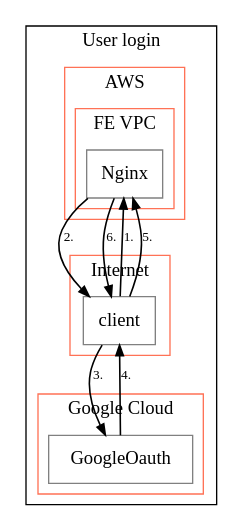
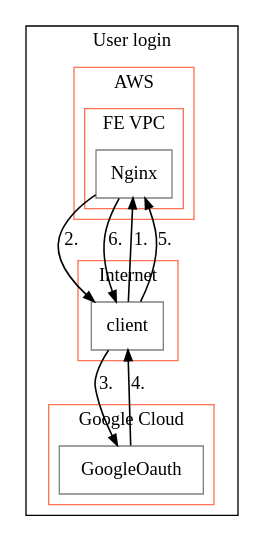
One commit to hyakuhei/ltm changed the diagram in examples/output/User login.dot. Above: the diagram before and after it, drawn with Graphviz. The commit also changed 9 other files, not shown here.

```diff
--- a/examples/output/User login.dot
+++ b/examples/output/User login.dot
@@ -1,32 +1,32 @@
 digraph G {
 compound=true;
     subgraph cluster1 {
     label="User login";
     color="Black";
         subgraph cluster2 {
         label="AWS";
         color="Coral1";
             subgraph cluster3 {
             label="FE VPC";
             color="Coral1";
                 node4 [label="Nginx" shape="box", margin="0.1", color="Grey"];
             }
         }
         subgraph cluster5 {
         label="Internet";
         color="Coral1";
             node6 [label="client" shape="box", margin="0.1", color="Grey"];
         }
         subgraph cluster7 {
         label="Google Cloud";
         color="Coral1";
             node8 [label="GoogleOauth" shape="box", margin="0.1", color="Grey"];
         }
     }
-node6->node4 [label="1." fontsize="10",penwidth="1.2",arrowsize="0.8"];
-node4->node6 [label="2." fontsize="10",penwidth="1.2",arrowsize="0.8"];
-node6->node8 [label="3." fontsize="10",penwidth="1.2",arrowsize="0.8"];
-node8->node6 [label="4." fontsize="10",penwidth="1.2",arrowsize="0.8"];
-node6->node4 [label="5." fontsize="10",penwidth="1.2",arrowsize="0.8"];
-node4->node6 [label="6." fontsize="10",penwidth="1.2",arrowsize="0.8"];
+node6->node4 [label="1." fontsize="14",penwidth="1.2",arrowsize="0.8"];
+node4->node6 [label="2." fontsize="14",penwidth="1.2",arrowsize="0.8"];
+node6->node8 [label="3." fontsize="14",penwidth="1.2",arrowsize="0.8"];
+node8->node6 [label="4." fontsize="14",penwidth="1.2",arrowsize="0.8"];
+node6->node4 [label="5." fontsize="14",penwidth="1.2",arrowsize="0.8"];
+node4->node6 [label="6." fontsize="14",penwidth="1.2",arrowsize="0.8"];
 }
```
